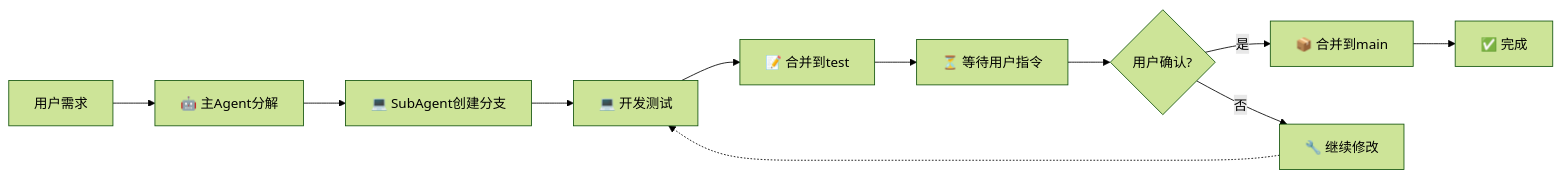
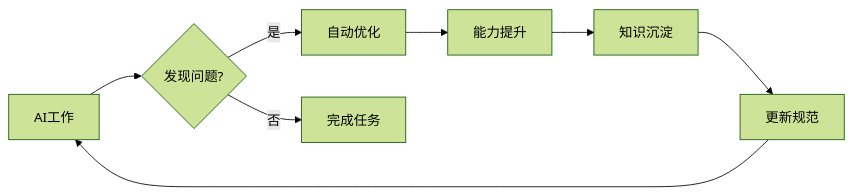
Before and after one commit to serenamustrich/dev-standard: the second of 2 diagrams in README.md, drawn with Mermaid (forest theme). The commit also changed other lines of this file and 11 other files, not shown here.

````diff
--- a/README.md
+++ b/README.md
@@ -78,13 +80,10 @@
 ```mermaid
 flowchart LR
-    A[用户需求] --> B[🤖 主Agent分解]
-    B --> C[💻 SubAgent创建分支]
-    C --> D[💻 开发测试]
-    D --> E[📝 合并到test]
-    E --> F[⏳ 等待用户指令]
-    F --> G{用户确认?}
-    G -->|是| H[📦 合并到main]
-    G -->|否| I[🔧 继续修改]
-    I -.-> D
-    H --> J[✅ 完成]
+    A[AI工作] --> B{发现问题?}
+    B -->|是| C[自动优化]
+    B -->|否| D[完成任务]
+    C --> E[能力提升]
+    E --> F[知识沉淀]
+    F --> G[更新规范]
+    G --> A
 ```
````
